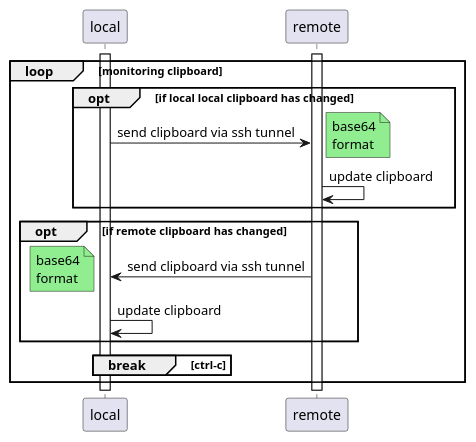
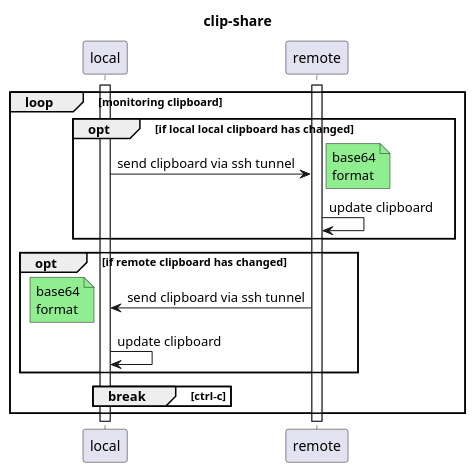
One commit to umaumax/playground changed the second of 4 diagrams in README.md. Above: the diagram before and after it, drawn with PlantUML.

````diff
--- a/README.md
+++ b/README.md
@@ -13,27 +13,29 @@
 ```plantuml
 @startuml
+
+title clip-share
 
 participant "local" as Local
 participant "remote" as Remote
 
 loop monitoring clipboard
     opt if local local clipboard has changed
         activate Local
         Local -> Remote: send clipboard via ssh tunnel
         note right #lightgreen: base64\nformat
         Remote -> Remote: update clipboard
     end
 
     opt if remote clipboard has changed
         activate Remote
         Remote -> Local: send clipboard via ssh tunnel
         note left #lightgreen: base64\nformat
         Local -> Local: update clipboard
     end
 
     break ctrl-c
     end
 end
 
 @enduml
 ```
````
